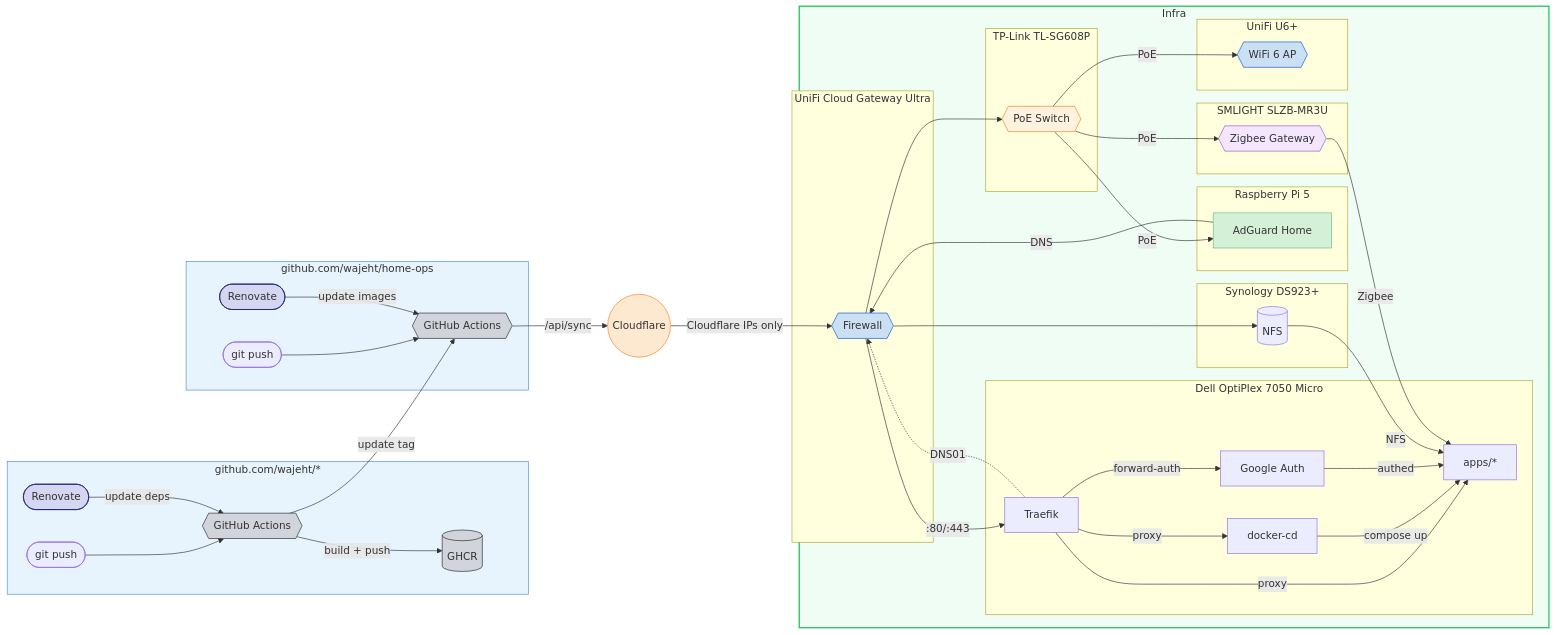
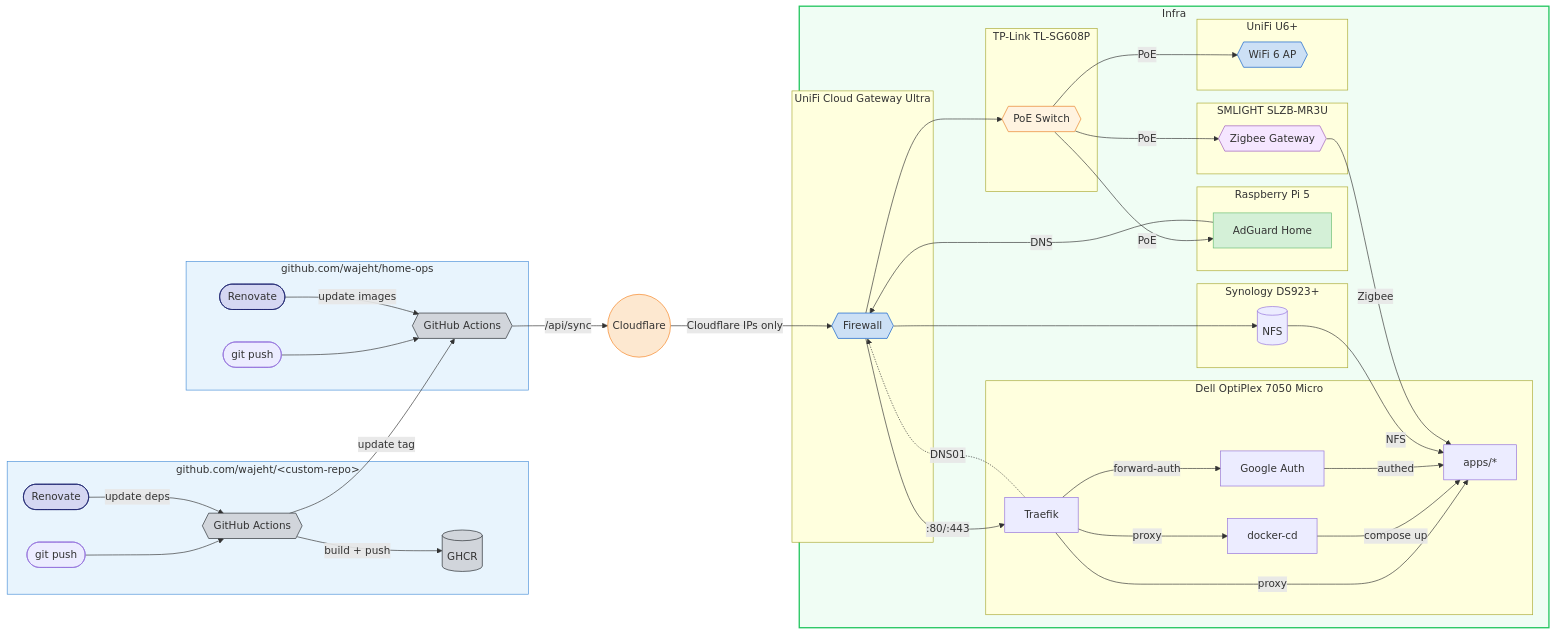
The diagram in README.md (wajeht/home-ops), drawn with Mermaid before and after one commit.

Commit message:
docs: update diagram to reflect custom repository

````diff
--- a/README.md
+++ b/README.md
@@ -16,80 +16,80 @@
 ```mermaid
 flowchart LR
-    subgraph app_repo[github.com/wajeht/*]
+    subgraph app_repo["github.com/wajeht/&lt;custom-repo&gt;"]
         app_push([git push])
         app_renovate([Renovate])
         ci{{GitHub Actions}}
         ghcr[(GHCR)]
     end
 
-    subgraph ops_repo[github.com/wajeht/home-ops]
+    subgraph ops_repo["github.com/wajeht/home-ops"]
         ops_push([git push])
         ops_renovate([Renovate])
         ops_ci{{GitHub Actions}}
     end
 
     app_push --> ci -->|build + push| ghcr
     app_renovate -->|update deps| ci
     ci -->|update tag| ops_ci
     ops_push --> ops_ci
     ops_renovate -->|update images| ops_ci
     ops_ci -->|/api/sync| cf((Cloudflare)) -->|Cloudflare IPs only| unifi -->|:80/:443| traefik -->|proxy| apps
 
     subgraph infra[Infra]
         subgraph dell[Dell OptiPlex 7050 Micro]
             docker_cd[docker-cd] -->|compose up| apps[apps/*]
             traefik[Traefik] -->|proxy| docker_cd
             traefik -->|forward-auth| google_auth[Google Auth] -->|authed| apps
         end
 
         subgraph nas[Synology DS923+]
             nfs[(NFS)]
         end
 
         subgraph ucg[UniFi Cloud Gateway Ultra]
             unifi{{Firewall}}
         end
 
         subgraph pi[Raspberry Pi 5]
             adguard[AdGuard Home]
         end
 
         subgraph slzb[SMLIGHT SLZB-MR3U]
             zigbee{{Zigbee Gateway}}
         end
 
         subgraph tplink[TP-Link TL-SG608P]
             poe{{PoE Switch}}
         end
 
         subgraph u6[UniFi U6+]
             ap{{WiFi 6 AP}}
         end
 
         nfs -->|NFS| apps
         adguard -->|DNS| unifi
         unifi --> nfs
         unifi --> poe
         poe -->|PoE| zigbee
         poe -->|PoE| adguard
         poe -->|PoE| ap
         zigbee -->|Zigbee| apps
     end
 
     traefik -.->|DNS01| unifi
 
     style app_repo fill:#e8f4fd,stroke:#4a90d9
     style ops_repo fill:#e8f4fd,stroke:#4a90d9
     style infra fill:#f0fdf4,stroke:#22c55e,stroke-width:2px
     style cf fill:#fde8d0,stroke:#f6821f,color:#333
     style ghcr fill:#d1d5db,stroke:#24292e,color:#333
     classDef gha fill:#d1d5db,stroke:#24292e,color:#333
     class ci,ops_ci gha
     style app_renovate fill:#d5d7f2,stroke:#1a1f6c,color:#333
     style ops_renovate fill:#d5d7f2,stroke:#1a1f6c,color:#333
     style adguard fill:#d4f0d7,stroke:#68bc71,color:#333
     style unifi fill:#cce0f5,stroke:#0559c9,color:#333
     style zigbee fill:#f5e6ff,stroke:#9b59b6,color:#333
     style poe fill:#fff3e0,stroke:#e67e22,color:#333
     style ap fill:#cce0f5,stroke:#0559c9,color:#333
 ```
````
